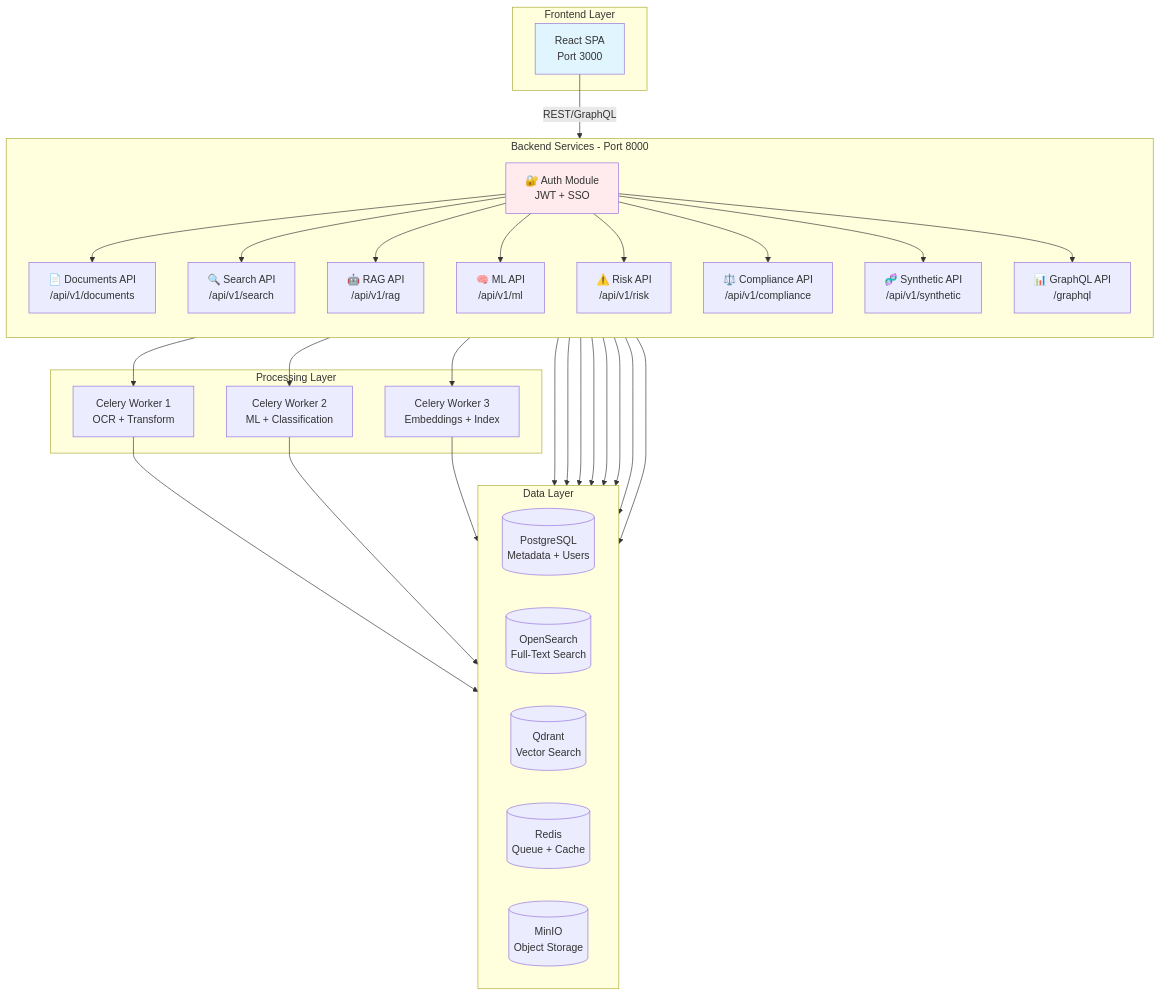
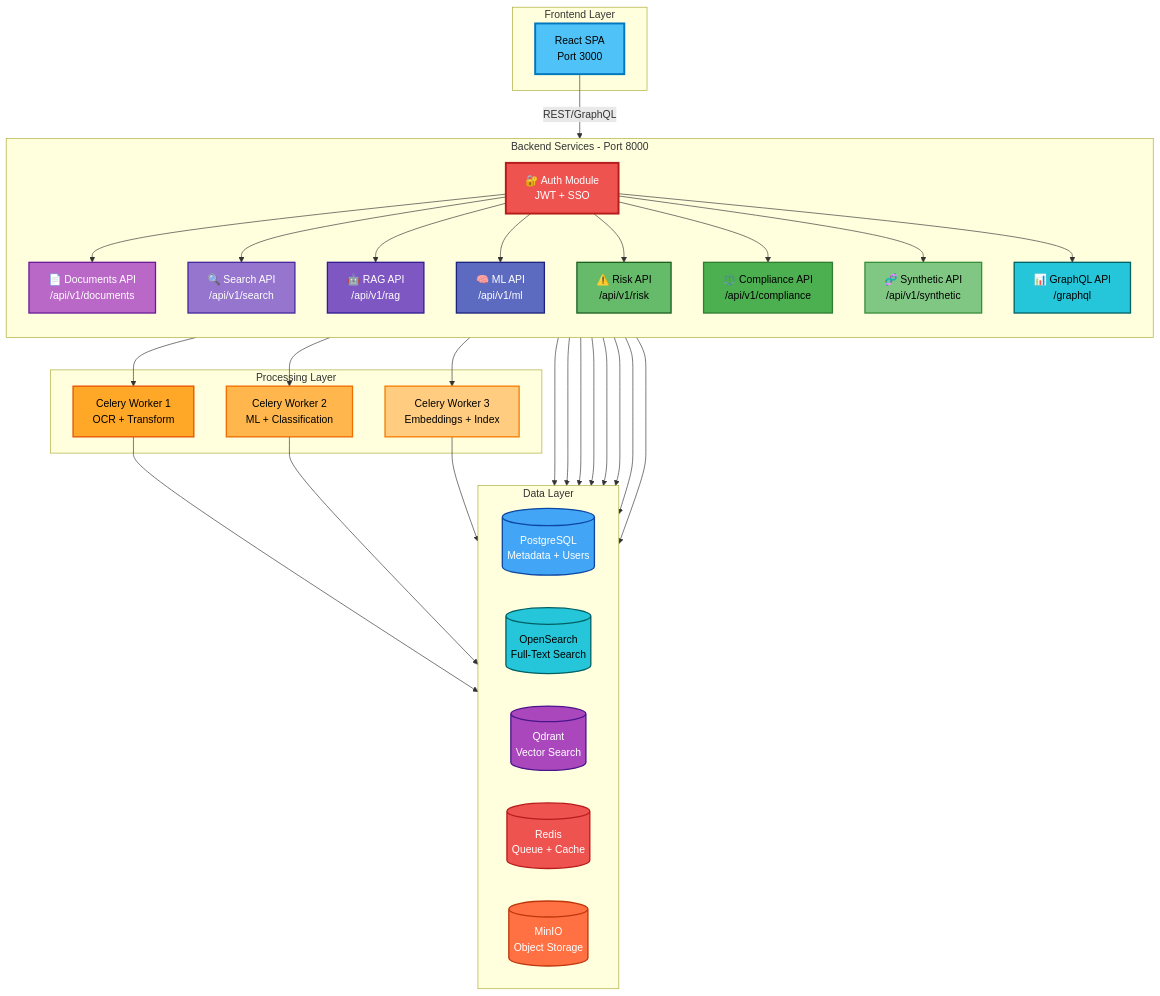
The third of 3 diagrams in README.md (rjamoriz/Sistema-Corporativo-Documental-con-Capacidades-de-IA), drawn with Mermaid before and after one commit. The commit also changed other lines of this file, not shown here.

Commit message:
Mejora colores de diagramas Mermaid para mejor visibilidad en modo oscuro

````diff
--- a/README.md
+++ b/README.md
@@ -152,64 +158,80 @@
 ```mermaid
 graph TB
     subgraph "Frontend Layer"
         FE[React SPA<br/>Port 3000]
     end
     
     subgraph "Backend Services - Port 8000"
         direction TB
         AUTH[🔐 Auth Module<br/>JWT + SSO]
         DOCS[📄 Documents API<br/>/api/v1/documents]
         SRCH[🔍 Search API<br/>/api/v1/search]
         RAGAPI[🤖 RAG API<br/>/api/v1/rag]
         MLAPI[🧠 ML API<br/>/api/v1/ml]
         RISKAPI[⚠️ Risk API<br/>/api/v1/risk]
         COMPAPI[⚖️ Compliance API<br/>/api/v1/compliance]
         SYNTHAPI[🧬 Synthetic API<br/>/api/v1/synthetic]
         GRAPHQL[📊 GraphQL API<br/>/graphql]
     end
     
     subgraph "Processing Layer"
         WORKER1[Celery Worker 1<br/>OCR + Transform]
         WORKER2[Celery Worker 2<br/>ML + Classification]
         WORKER3[Celery Worker 3<br/>Embeddings + Index]
     end
     
     subgraph "Data Layer"
         direction LR
         DB1[(PostgreSQL<br/>Metadata + Users)]
         DB2[(OpenSearch<br/>Full-Text Search)]
         DB3[(Qdrant<br/>Vector Search)]
         DB4[(Redis<br/>Queue + Cache)]
         DB5[(MinIO<br/>Object Storage)]
     end
     
     FE -->|REST/GraphQL| AUTH
     AUTH --> DOCS
     AUTH --> SRCH
     AUTH --> RAGAPI
     AUTH --> MLAPI
     AUTH --> RISKAPI
     AUTH --> COMPAPI
     AUTH --> SYNTHAPI
     AUTH --> GRAPHQL
     
     DOCS --> WORKER1
     MLAPI --> WORKER2
     SRCH --> WORKER3
     
     WORKER1 --> DB4
     WORKER2 --> DB4
     WORKER3 --> DB4
     
     DOCS --> DB1
     DOCS --> DB5
     SRCH --> DB2
     SRCH --> DB3
     RAGAPI --> DB3
     MLAPI --> DB1
     RISKAPI --> DB1
     COMPAPI --> DB1
     
-    style FE fill:#e1f5ff
-    style AUTH fill:#ffebee
+    style FE fill:#4FC3F7,stroke:#0277BD,stroke-width:3px,color:#000
+    style AUTH fill:#EF5350,stroke:#B71C1C,stroke-width:3px,color:#fff
+    style DOCS fill:#BA68C8,stroke:#6A1B9A,stroke-width:2px,color:#fff
+    style SRCH fill:#9575CD,stroke:#4527A0,stroke-width:2px,color:#fff
+    style RAGAPI fill:#7E57C2,stroke:#311B92,stroke-width:2px,color:#fff
+    style MLAPI fill:#5C6BC0,stroke:#1A237E,stroke-width:2px,color:#fff
+    style RISKAPI fill:#66BB6A,stroke:#1B5E20,stroke-width:2px,color:#000
+    style COMPAPI fill:#4CAF50,stroke:#2E7D32,stroke-width:2px,color:#000
+    style SYNTHAPI fill:#81C784,stroke:#388E3C,stroke-width:2px,color:#000
+    style GRAPHQL fill:#26C6DA,stroke:#006064,stroke-width:2px,color:#000
+    style WORKER1 fill:#FFA726,stroke:#E65100,stroke-width:2px,color:#000
+    style WORKER2 fill:#FFB74D,stroke:#EF6C00,stroke-width:2px,color:#000
+    style WORKER3 fill:#FFCC80,stroke:#F57C00,stroke-width:2px,color:#000
+    style DB1 fill:#42A5F5,stroke:#0D47A1,stroke-width:2px,color:#fff
+    style DB2 fill:#26C6DA,stroke:#006064,stroke-width:2px,color:#000
+    style DB3 fill:#AB47BC,stroke:#4A148C,stroke-width:2px,color:#fff
+    style DB4 fill:#EF5350,stroke:#B71C1C,stroke-width:2px,color:#fff
+    style DB5 fill:#FF7043,stroke:#BF360C,stroke-width:2px,color:#fff
 ```
````
